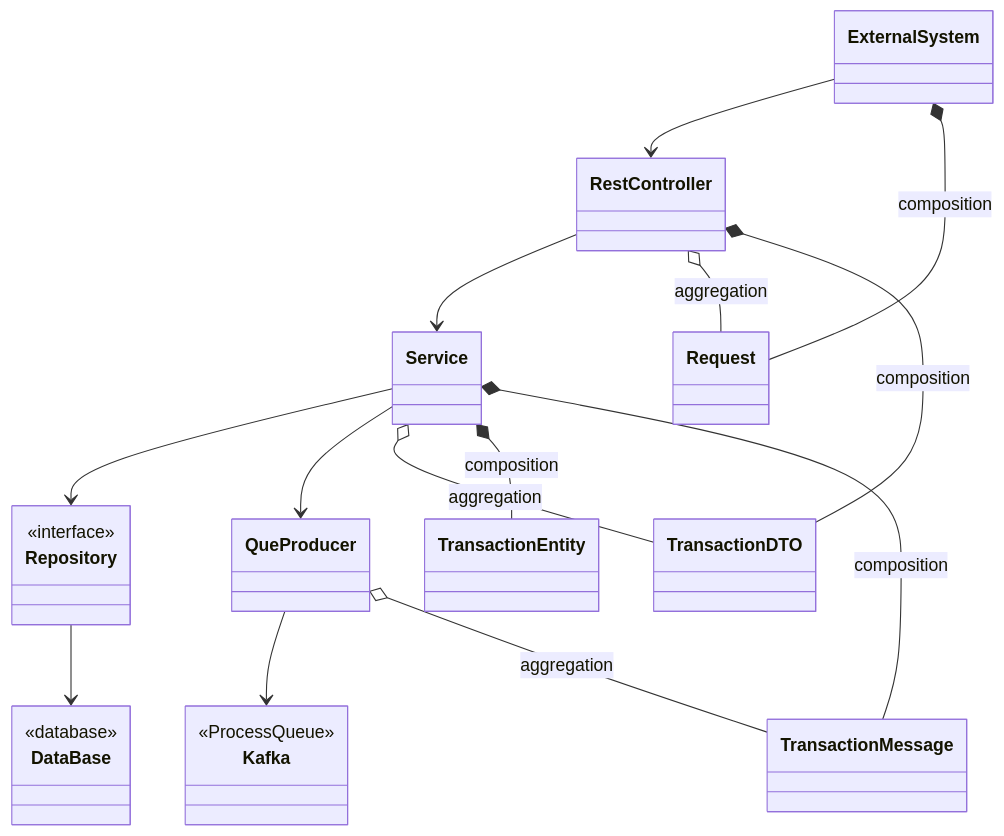
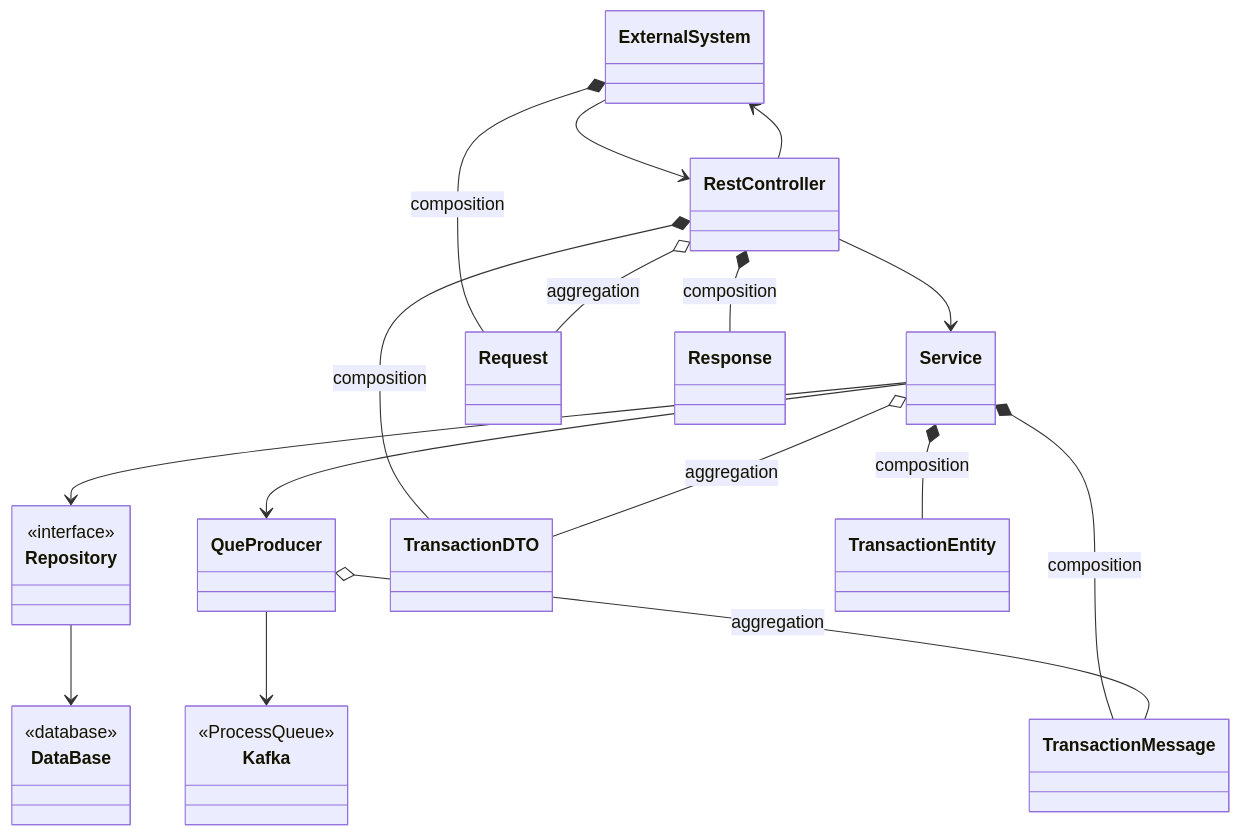
One commit to nic0michael/Trans-Process-Platf changed the first of 2 diagrams in backend/api/The_API_Design.md. Above: the diagram before and after it, drawn with Mermaid. The commit also changed other lines of this file, not shown here.

Commit message:
Update API design diagrams in The_API_Design.md

````diff
--- a/backend/api/The_API_Design.md
+++ b/backend/api/The_API_Design.md
@@ -1,39 +1,43 @@
-```mermaid
+```mermaid id="8n4q2m"
 classDiagram
 
     class ExternalSystem
     class RestController
     class Service
     class Repository {
         <<interface>>
     }
     class DataBase {
         <<database>>
     }
     class QueProducer
     class Kafka {
         <<ProcessQueue>>
     }
     class Request
+    class Response
     class TransactionDTO
     class TransactionEntity
     class TransactionMessage
 
     ExternalSystem --> RestController
+    RestController --> ExternalSystem
+
     RestController --> Service
     Service --> Repository
     Repository --> DataBase
 
     Service --> QueProducer
     QueProducer --> Kafka
 
     ExternalSystem *-- Request : composition
+    RestController *-- Response : composition
     RestController o-- Request : aggregation
     RestController *-- TransactionDTO : composition
 
     Service o-- TransactionDTO : aggregation
     Service *-- TransactionEntity : composition
     Service *-- TransactionMessage : composition
 
     QueProducer o-- TransactionMessage : aggregation
 ```
````
